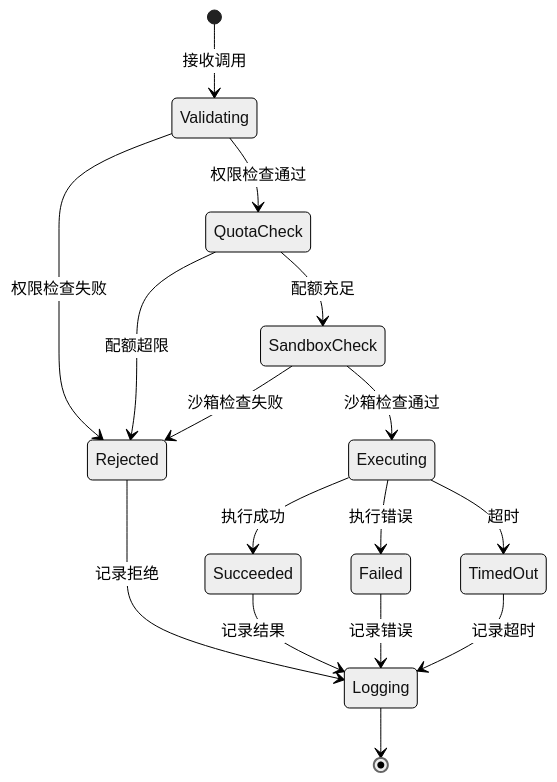
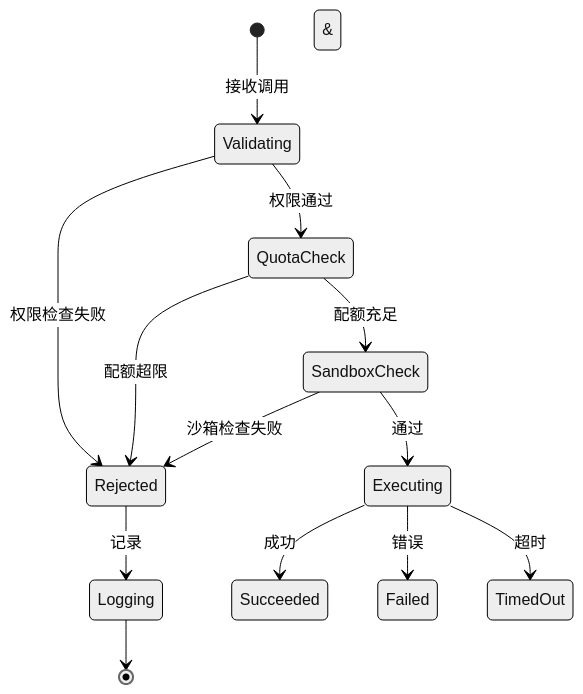
Diagram 11 of 11 in docs/ARCHITECTURE.md (liudaac/hermes-agent-java), drawn with Mermaid (neutral theme) before and after one commit. The commit also changed other lines of this file and 31 other files, not shown here.

````diff
--- a/docs/ARCHITECTURE.md
+++ b/docs/ARCHITECTURE.md
@@ -992,24 +449,15 @@
 ```mermaid
 stateDiagram-v2
     [*] --> Validating: 接收调用
-    
     Validating --> Rejected: 权限检查失败
-    Validating --> QuotaCheck: 权限检查通过
-    
+    Validating --> QuotaCheck: 权限通过
     QuotaCheck --> Rejected: 配额超限
     QuotaCheck --> SandboxCheck: 配额充足
-    
     SandboxCheck --> Rejected: 沙箱检查失败
-    SandboxCheck --> Executing: 沙箱检查通过
-    
-    Executing --> Succeeded: 执行成功
-    Executing --> Failed: 执行错误
+    SandboxCheck --> Executing: 通过
+    Executing --> Succeeded: 成功
+    Executing --> Failed: 错误
     Executing --> TimedOut: 超时
-    
-    Succeeded --> Logging: 记录结果
-    Failed --> Logging: 记录错误
-    TimedOut --> Logging: 记录超时
-    Rejected --> Logging: 记录拒绝
-    
+    Succeeded & Failed & TimedOut & Rejected --> Logging: 记录
     Logging --> [*]
 ```
````
